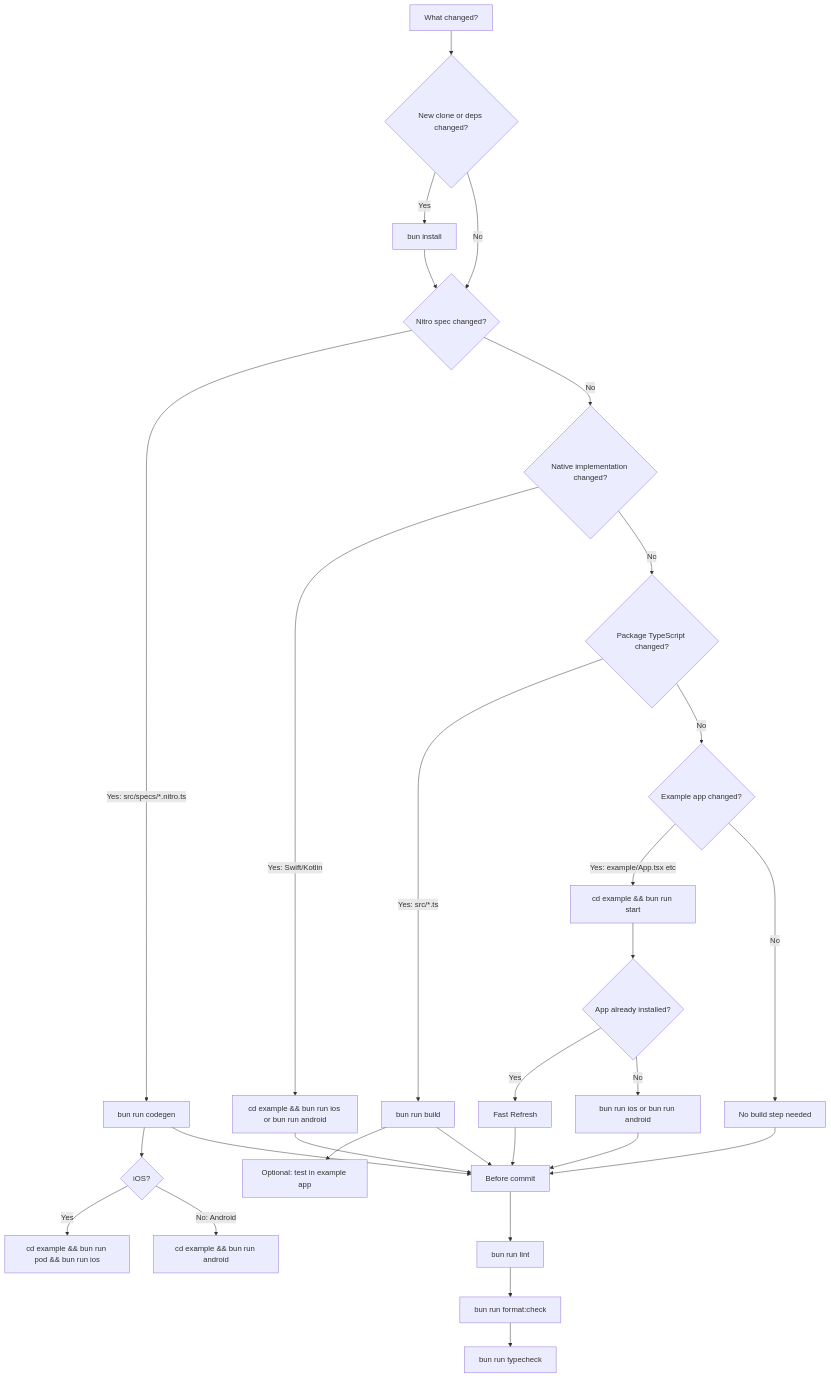
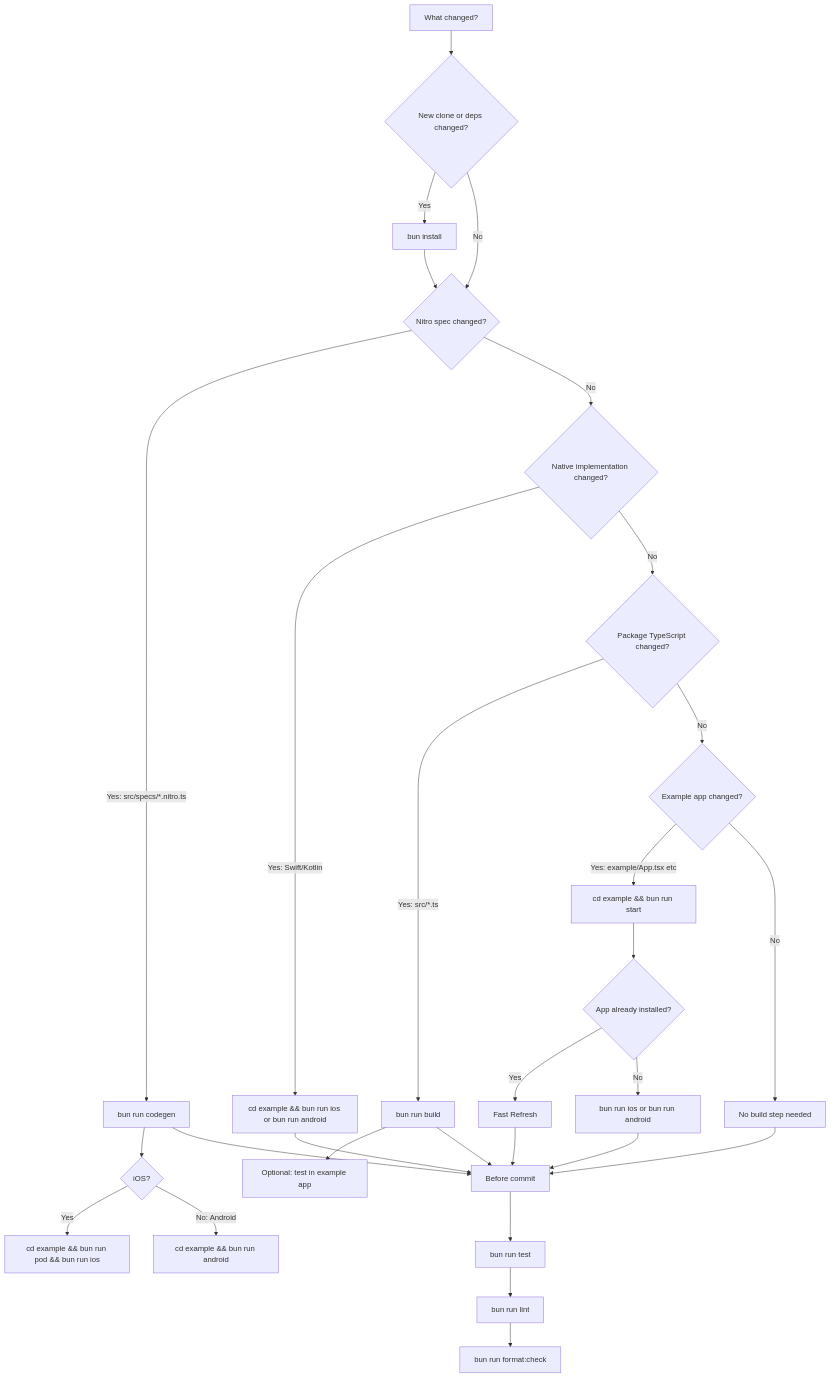
One commit to AdrianCD101/react-native-nitro-health changed the diagram in DEVELOPMENT.md. Above: the diagram before and after it, drawn with Mermaid. The commit also changed other lines of this file and 25 other files, not shown here.

````diff
--- a/DEVELOPMENT.md
+++ b/DEVELOPMENT.md
@@ -5,39 +5,39 @@
 ```mermaid
 flowchart TD
   A[What changed?] --> B{New clone or deps changed?}
   B -->|Yes| B1[bun install]
   B -->|No| C{Nitro spec changed?}
 
   B1 --> C
 
   C -->|Yes: src/specs/*.nitro.ts| C1[bun run codegen]
   C1 --> C2{iOS?}
   C2 -->|Yes| C3[cd example && bun run pod && bun run ios]
   C2 -->|No: Android| C4[cd example && bun run android]
 
   C -->|No| D{Native implementation changed?}
   D -->|Yes: Swift/Kotlin| D1[cd example && bun run ios or bun run android]
 
   D -->|No| E{Package TypeScript changed?}
   E -->|Yes: src/*.ts| E1[bun run build]
   E1 --> E2[Optional: test in example app]
 
   E -->|No| F{Example app changed?}
   F -->|Yes: example/App.tsx etc| F1[cd example && bun run start]
   F1 --> F2{App already installed?}
   F2 -->|Yes| F3[Fast Refresh]
   F2 -->|No| F4[bun run ios or bun run android]
 
   F -->|No| G[No build step needed]
 
   C1 --> Q[Before commit]
   D1 --> Q
   E1 --> Q
   F3 --> Q
   F4 --> Q
   G --> Q
 
-  Q --> Q1[bun run lint]
-  Q1 --> Q2[bun run format:check]
-  Q2 --> Q3[bun run typecheck]
+  Q --> Q1[bun run test]
+  Q1 --> Q2[bun run lint]
+  Q2 --> Q3[bun run format:check]
 ```
````
